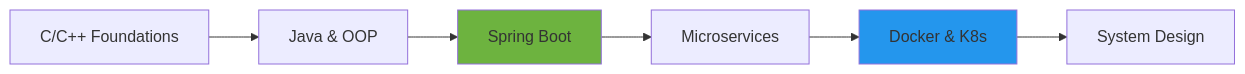
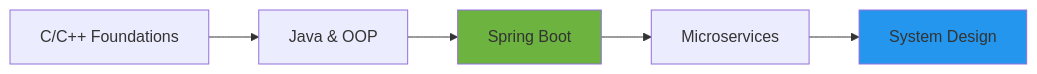
One commit to nabinoli99/nabinoli99 changed the diagram in README.md. Above: the diagram before and after it, drawn with Mermaid. The commit also changed other lines of this file, not shown here.

````diff
--- a/README.md
+++ b/README.md
@@ -96,12 +93,11 @@
 ```mermaid
 graph LR
     A[C/C++ Foundations] --> B[Java & OOP]
     B --> C[Spring Boot]
     C --> D[Microservices]
-    D --> E[Docker & K8s]
-    E --> F[System Design]
+    D --> E[System Design]
     
     style C fill:#6DB33F
     style D fill:#orange
     style E fill:#2496ED
 ```
````
